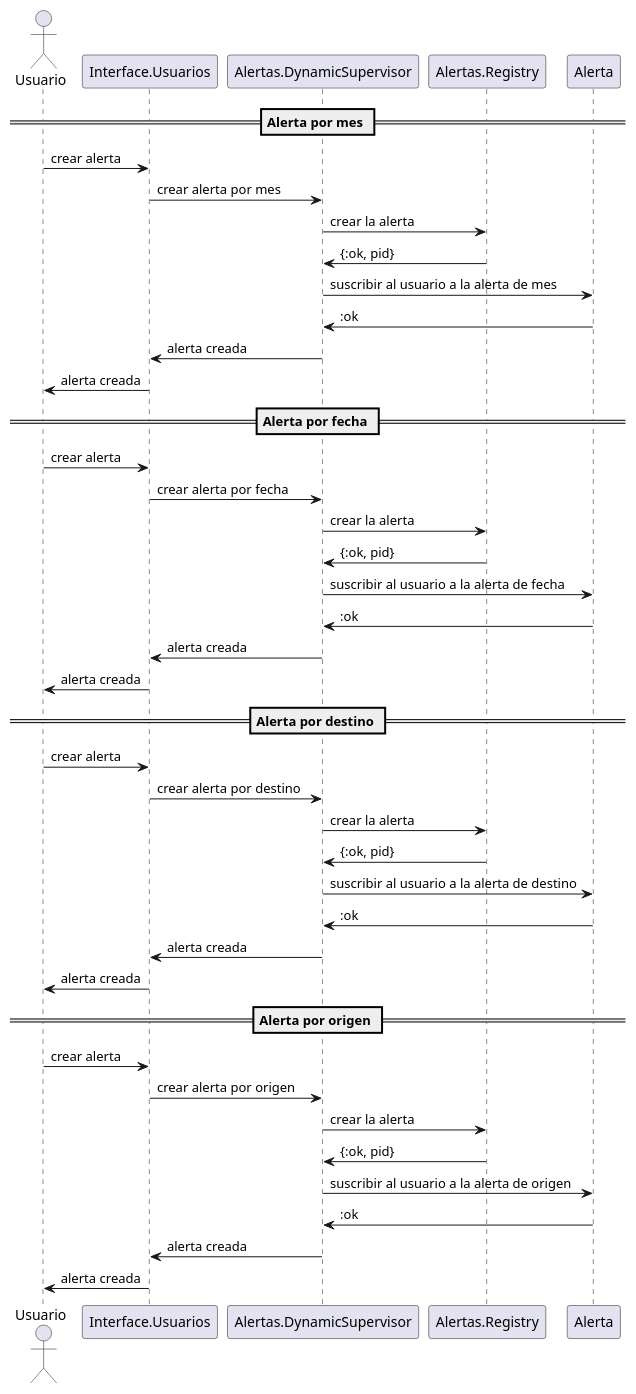
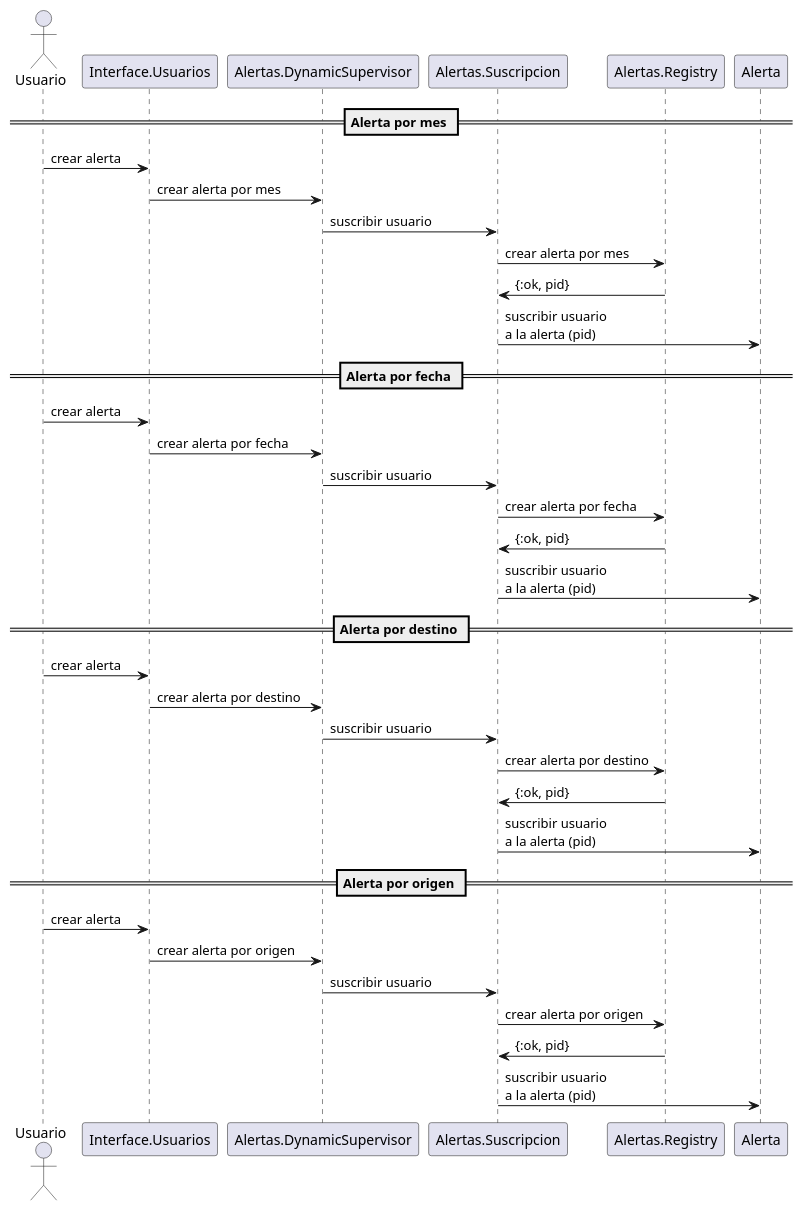
One commit to NicoMadd/levantar-vuelo changed the diagram in diagrams/secuencia_creacion_de_alertas.puml. Above: the diagram before and after it, drawn with PlantUML. The commit also changed 7 other files, not shown here.

Commit message:
actualizo los diferentes diagramas de secuencia

```diff
--- a/diagrams/secuencia_creacion_de_alertas.puml
+++ b/diagrams/secuencia_creacion_de_alertas.puml
@@ -1,54 +1,47 @@
 @startuml Secuencia Creacion de alertas
 
 actor Usuario
 participant Interface.Usuarios
 participant Alertas.DynamicSupervisor
+participant Alertas.Suscripcion
 participant Alertas.Registry
 participant Alerta
 
 == Alerta por mes == 
 
 Usuario -> Interface.Usuarios: crear alerta
 Interface.Usuarios -> Alertas.DynamicSupervisor: crear alerta por mes
-Alertas.DynamicSupervisor -> Alertas.Registry: crear la alerta
-Alertas.Registry -> Alertas.DynamicSupervisor: {:ok, pid}
-Alertas.DynamicSupervisor -> Alerta: suscribir al usuario a la alerta de mes
-Alerta -> Alertas.DynamicSupervisor: :ok
-Alertas.DynamicSupervisor -> Interface.Usuarios: alerta creada
-Interface.Usuarios -> Usuario: alerta creada
+Alertas.DynamicSupervisor -> Alertas.Suscripcion: suscribir usuario
+Alertas.Suscripcion -> Alertas.Registry: crear alerta por mes
+Alertas.Registry -> Alertas.Suscripcion: {:ok, pid}
+Alertas.Suscripcion -> Alerta: suscribir usuario\na la alerta (pid)
 
 == Alerta por fecha == 
 
 Usuario -> Interface.Usuarios: crear alerta
 Interface.Usuarios -> Alertas.DynamicSupervisor: crear alerta por fecha
-Alertas.DynamicSupervisor -> Alertas.Registry: crear la alerta
-Alertas.Registry -> Alertas.DynamicSupervisor: {:ok, pid}
-Alertas.DynamicSupervisor -> Alerta: suscribir al usuario a la alerta de fecha
-Alerta -> Alertas.DynamicSupervisor: :ok
-Alertas.DynamicSupervisor -> Interface.Usuarios: alerta creada
-Interface.Usuarios -> Usuario: alerta creada
+Alertas.DynamicSupervisor -> Alertas.Suscripcion: suscribir usuario
+Alertas.Suscripcion -> Alertas.Registry: crear alerta por fecha
+Alertas.Registry -> Alertas.Suscripcion: {:ok, pid}
+Alertas.Suscripcion -> Alerta: suscribir usuario\na la alerta (pid)
 
 
 == Alerta por destino == 
 
 Usuario -> Interface.Usuarios: crear alerta
 Interface.Usuarios -> Alertas.DynamicSupervisor: crear alerta por destino
-Alertas.DynamicSupervisor -> Alertas.Registry: crear la alerta
-Alertas.Registry -> Alertas.DynamicSupervisor: {:ok, pid}
-Alertas.DynamicSupervisor -> Alerta: suscribir al usuario a la alerta de destino
-Alerta -> Alertas.DynamicSupervisor: :ok
-Alertas.DynamicSupervisor -> Interface.Usuarios: alerta creada
-Interface.Usuarios -> Usuario: alerta creada
+Alertas.DynamicSupervisor -> Alertas.Suscripcion: suscribir usuario
+Alertas.Suscripcion -> Alertas.Registry: crear alerta por destino
+Alertas.Registry -> Alertas.Suscripcion: {:ok, pid}
+Alertas.Suscripcion -> Alerta: suscribir usuario\na la alerta (pid)
 
 == Alerta por origen == 
 
 Usuario -> Interface.Usuarios: crear alerta
 Interface.Usuarios -> Alertas.DynamicSupervisor: crear alerta por origen
-Alertas.DynamicSupervisor -> Alertas.Registry: crear la alerta
-Alertas.Registry -> Alertas.DynamicSupervisor: {:ok, pid}
-Alertas.DynamicSupervisor -> Alerta: suscribir al usuario a la alerta de origen
-Alerta -> Alertas.DynamicSupervisor: :ok
-Alertas.DynamicSupervisor -> Interface.Usuarios: alerta creada
-Interface.Usuarios -> Usuario: alerta creada
+Alertas.DynamicSupervisor -> Alertas.Suscripcion: suscribir usuario
+Alertas.Suscripcion -> Alertas.Registry: crear alerta por origen
+Alertas.Registry -> Alertas.Suscripcion: {:ok, pid}
+Alertas.Suscripcion -> Alerta: suscribir usuario\na la alerta (pid)
 
 @enduml
```
